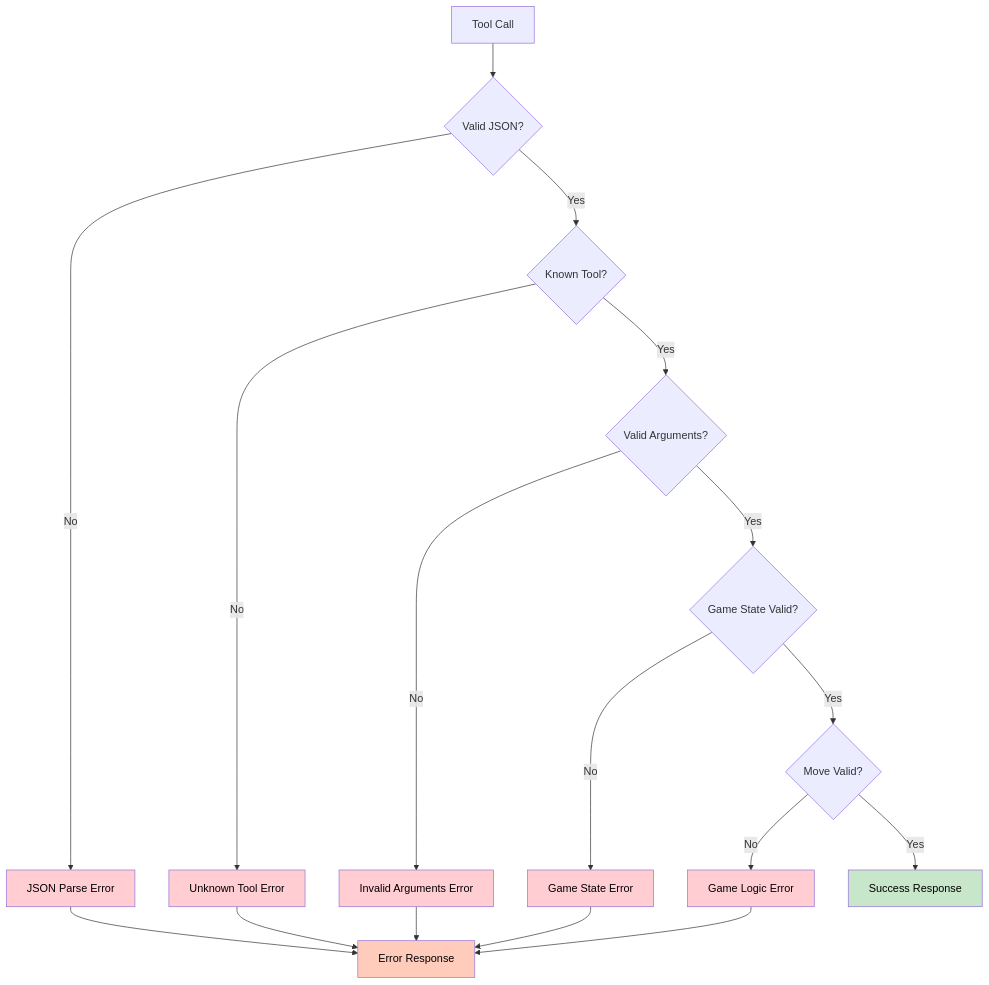
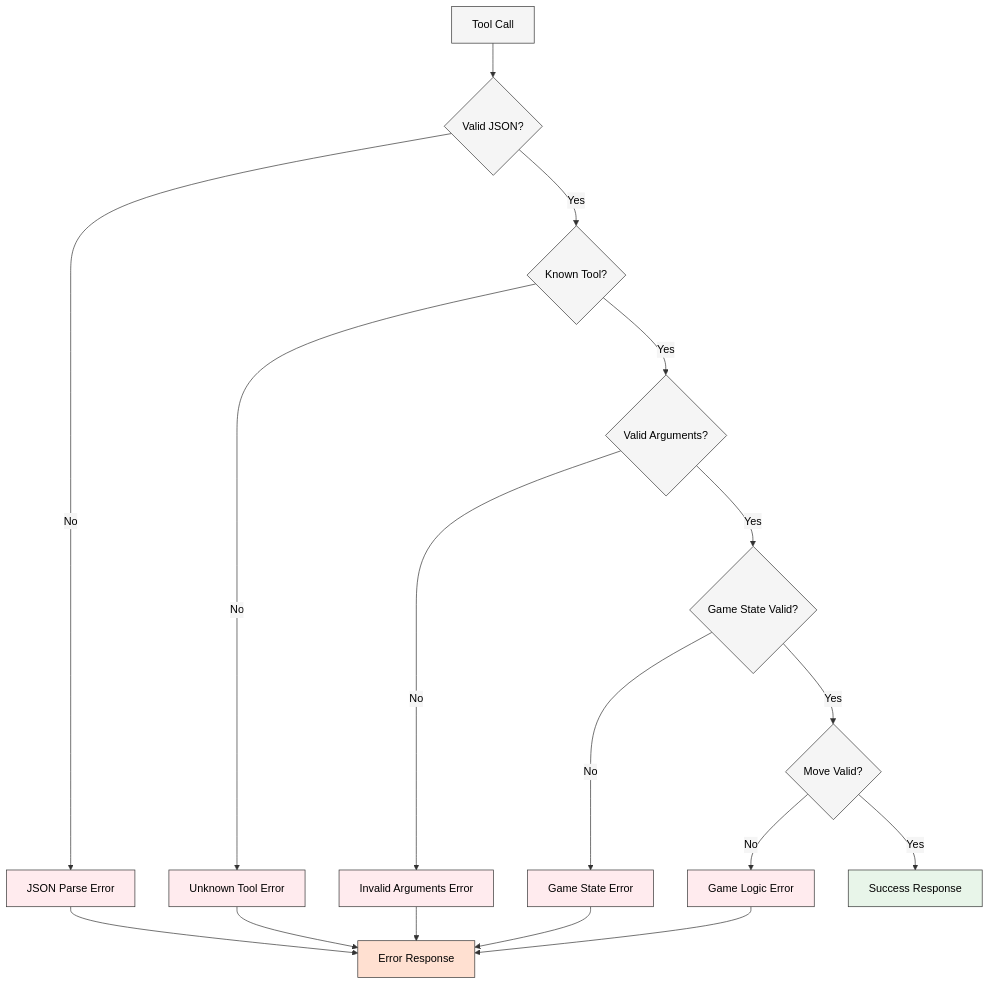
One commit to sw-game-dev/game-mcp-poc changed the fourth of 4 diagrams in wiki/MCP-Integration.md. Above: the diagram before and after it, drawn with Mermaid. The commit also changed other lines of this file and 6 other files, not shown here.

First line of the commit message:
fix: Improve mermaid diagram contrast with theme and lighter colors

````diff
--- a/wiki/MCP-Integration.md
+++ b/wiki/MCP-Integration.md
@@ -517,28 +520,29 @@
 ```mermaid
+%%{init: {'theme':'base', 'themeVariables': {'primaryColor':'#f5f5f5','primaryTextColor':'#000','primaryBorderColor':'#333','lineColor':'#333','secondaryColor':'#f5f5f5','tertiaryColor':'#f5f5f5'}}}%%
 graph TD
     A[Tool Call] --> B{Valid JSON?}
     B -->|No| C[JSON Parse Error]
     B -->|Yes| D{Known Tool?}
     D -->|No| E[Unknown Tool Error]
     D -->|Yes| F{Valid Arguments?}
     F -->|No| G[Invalid Arguments Error]
     F -->|Yes| H{Game State Valid?}
     H -->|No| I[Game State Error]
     H -->|Yes| J{Move Valid?}
     J -->|No| K[Game Logic Error]
     J -->|Yes| L[Success Response]
 
     C --> M[Error Response]
     E --> M
     G --> M
     I --> M
     K --> M
 
-    style C fill:#ffcdd2,color:#000
-    style E fill:#ffcdd2,color:#000
-    style G fill:#ffcdd2,color:#000
-    style I fill:#ffcdd2,color:#000
-    style K fill:#ffcdd2,color:#000
-    style L fill:#c8e6c9,color:#000
-    style M fill:#ffccbc,color:#000
+    style C fill:#ffebee,color:#000
+    style E fill:#ffebee,color:#000
+    style G fill:#ffebee,color:#000
+    style I fill:#ffebee,color:#000
+    style K fill:#ffebee,color:#000
+    style L fill:#e8f5e9,color:#000
+    style M fill:#ffe0d1,color:#000
 ```
````
